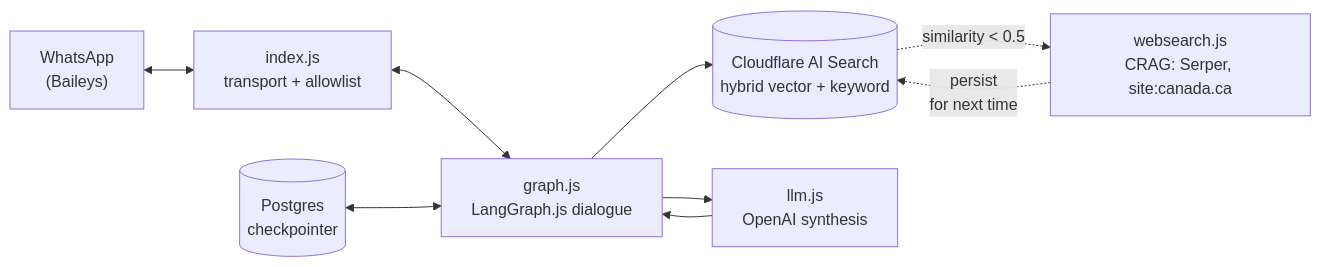
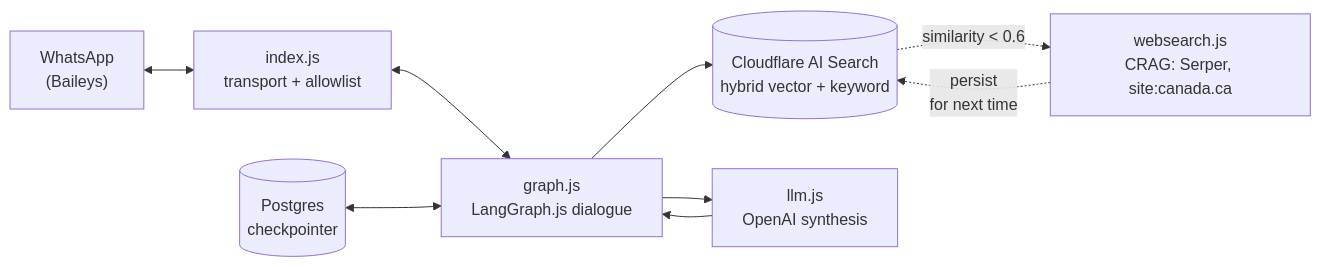
Before and after one commit to kattakath/ircc-whatsapp-bot: the diagram in README.md, drawn with Mermaid. The commit also changed other lines of this file and 4 other files, not shown here.

````diff
--- a/README.md
+++ b/README.md
@@ -13,11 +13,11 @@
 ```mermaid
 flowchart LR
     WA["WhatsApp\n(Baileys)"] <--> IDX["index.js\ntransport + allowlist"]
     IDX <--> GRAPH["graph.js\nLangGraph.js dialogue"]
     CKPT[("Postgres\ncheckpointer")] <--> GRAPH
     GRAPH --> DB[("Cloudflare AI Search\nhybrid vector + keyword")]
-    DB -. "similarity < 0.5" .-> WEB["websearch.js\nCRAG: Serper, site:canada.ca"]
+    DB -. "similarity < 0.6" .-> WEB["websearch.js\nCRAG: Serper, site:canada.ca"]
     WEB -. "persist\nfor next time" .-> DB
     GRAPH --> LLM["llm.js\nOpenAI synthesis"]
     LLM --> GRAPH
 ```
````
